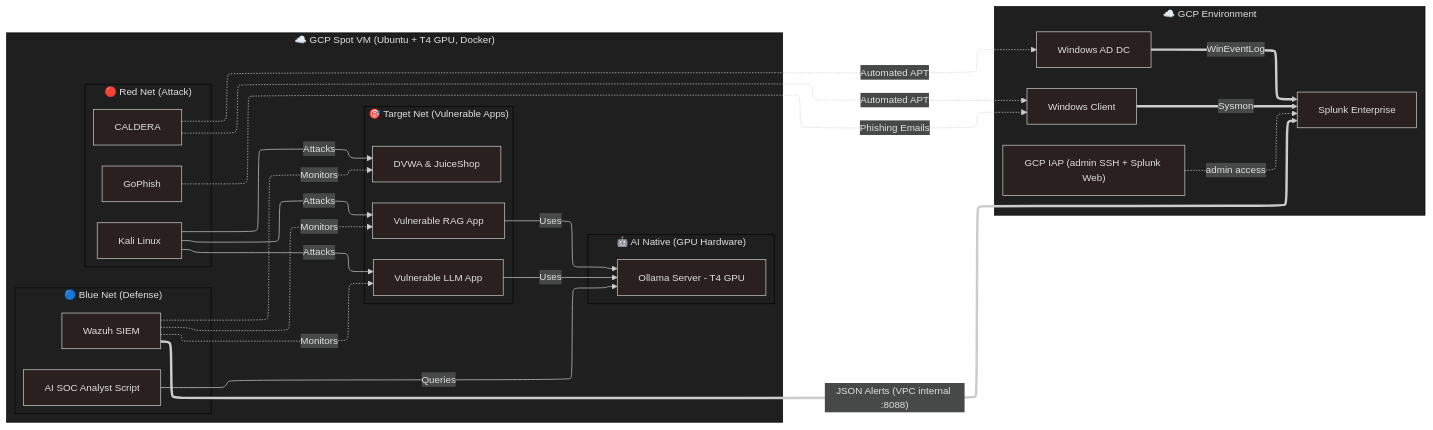
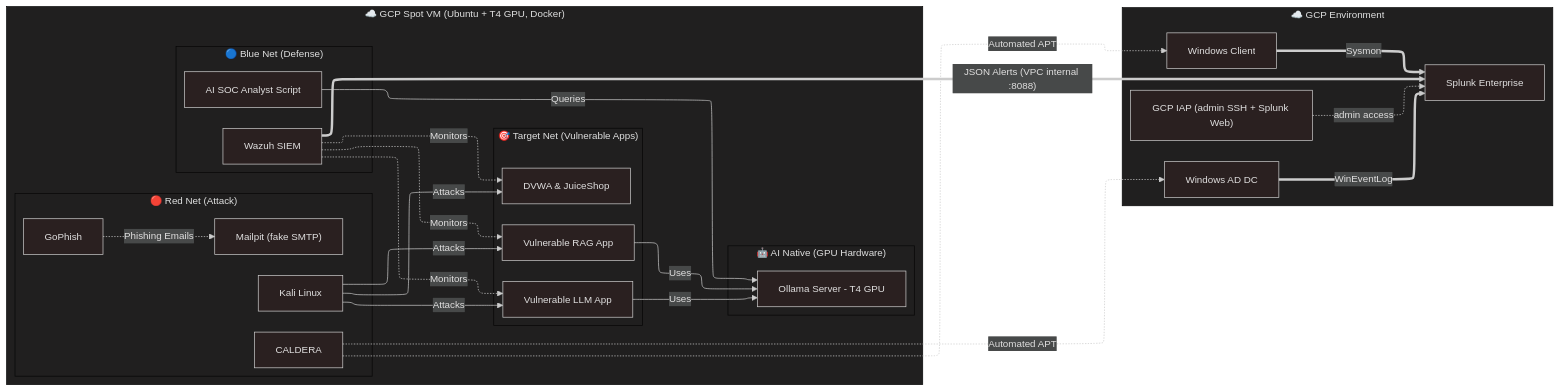
Before and after one commit to z1r0h/GCP-Homelab: the first of 2 diagrams in AI-Security-Lab/README.md, drawn with Mermaid. The commit also changed other lines of this file and 11 other files, not shown here.

````diff
--- a/AI-Security-Lab/README.md
+++ b/AI-Security-Lab/README.md
@@ -22,48 +22,49 @@
 ```mermaid
 ---
 config:
   theme: neo-dark
   layout: elk
 ---
 flowchart LR
  subgraph subGraph0["🔵 Blue Net (Defense)"]
         W["Wazuh SIEM"]
         A["AI SOC Analyst Script"]
   end
  subgraph subGraph1["🔴 Red Net (Attack)"]
         K["Kali Linux"]
         C["CALDERA"]
         G["GoPhish"]
+        MP["Mailpit (fake SMTP)"]
   end
  subgraph subGraph2["🎯 Target Net (Vulnerable Apps)"]
         D["DVWA & JuiceShop"]
         L["Vulnerable LLM App"]
         R["Vulnerable RAG App"]
   end
  subgraph subGraph3["🤖 AI Native (GPU Hardware)"]
         O["Ollama Server - T4 GPU"]
   end
  subgraph subGraph4["☁️ GCP Spot VM (Ubuntu + T4 GPU, Docker)"]
         subGraph0
         subGraph1
         subGraph2
         subGraph3
   end
  subgraph subGraph5["☁️ GCP Environment"]
         IAP["GCP IAP (admin SSH + Splunk Web)"]
         S["Splunk Enterprise"]
         AD["Windows AD DC"]
         WC["Windows Client"]
   end
     K -- Attacks --> D & L & R
     A -- Queries --> O
     L -- Uses --> O
     R -- Uses --> O
     W -. Monitors .-> D & L & R
     W == "JSON Alerts (VPC internal :8088)" ==> S
     IAP -. admin access .-> S
     AD == WinEventLog ==> S
     WC == Sysmon ==> S
     C -. Automated APT .-> AD & WC
-    G -. Phishing Emails .-> WC
+    G -. Phishing Emails .-> MP
 ```
````
